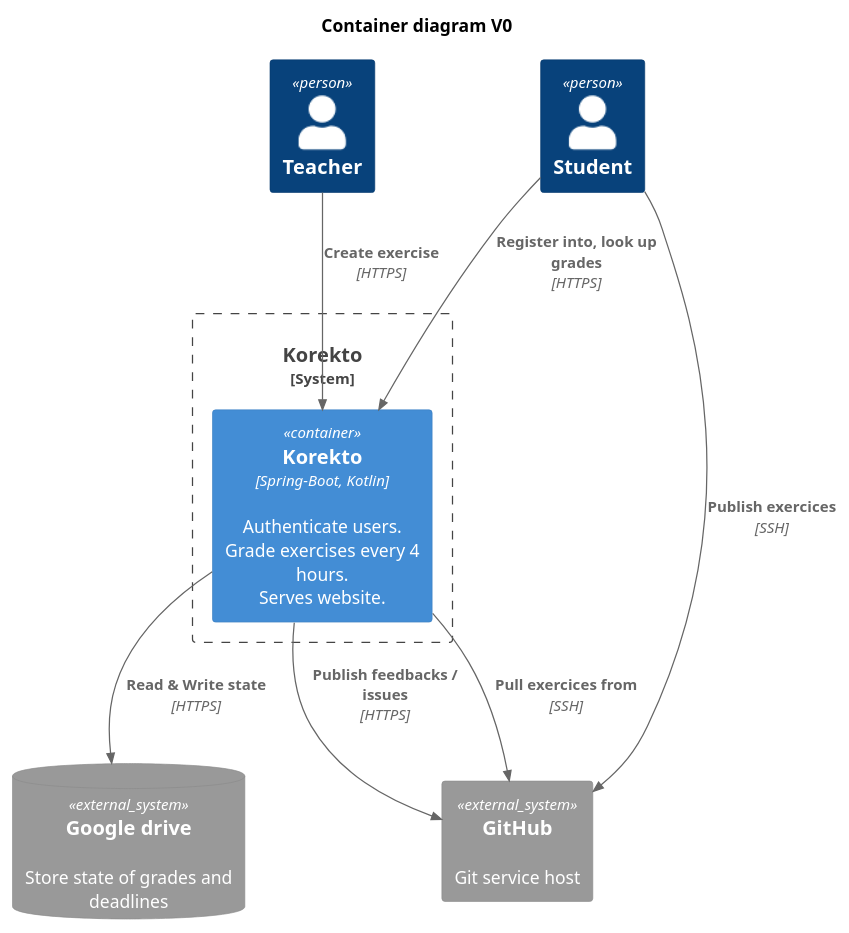
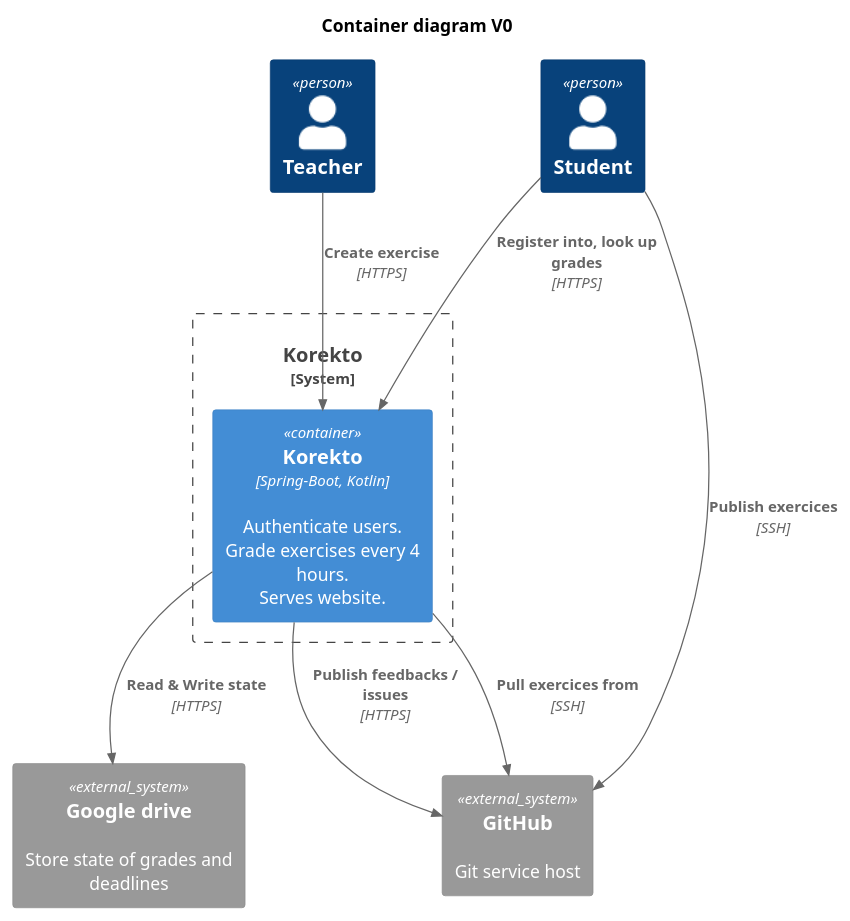
Before and after one commit to lernejo/architecture-studies: the second of 6 diagrams in scale/C4_diagrams.md, drawn with PlantUML. The commit also changed other lines of this file and 1 other file, not shown here.

Commit message:
Update diagrams with new Kroki syntax

````diff
--- a/scale/C4_diagrams.md
+++ b/scale/C4_diagrams.md
@@ -27,26 +27,26 @@
 ```puml
 @startuml
 !includeurl C4_Container.puml
 
 title Container diagram V0
 
 Person(teacher, "Teacher")
 Person(student, "Student")
 
 System_Boundary(c1, "Korekto") {
     Container(server, "Korekto", "Spring-Boot, Kotlin", "Authenticate users.\nGrade exercises every 4 hours.\nServes website.")
 }
 
 System_Ext(github, "GitHub", "Git service host")
-SystemDb_Ext(db, "Google drive", "Store state of grades and deadlines")
+System_Ext(db, "Google drive", "Store state of grades and deadlines")
 
 Rel(teacher, server, "Create exercise", "HTTPS")
 Rel(student, server, "Register into, look up grades", "HTTPS")
 Rel(student, github, "Publish exercices", "SSH")
 Rel(server, db, "Read & Write state", "HTTPS")
 
 Rel(server, github, "Pull exercices from", "SSH")
 Rel(server, github, "Publish feedbacks / issues", "HTTPS")
 
 @enduml
 ```
````
